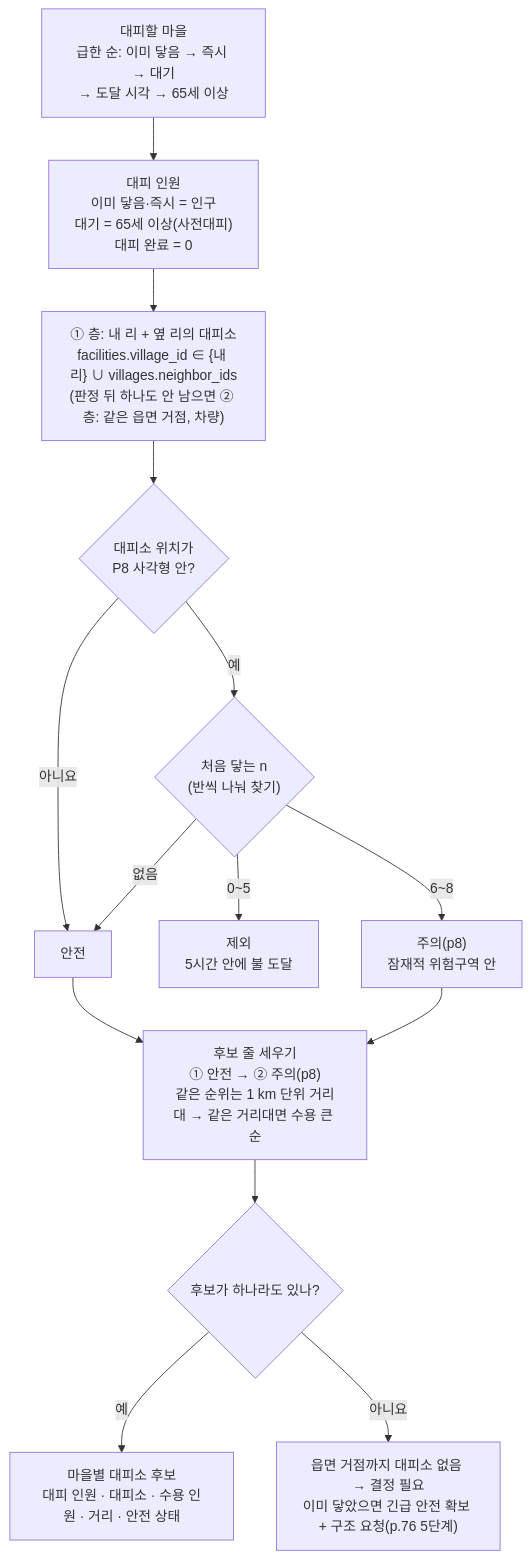
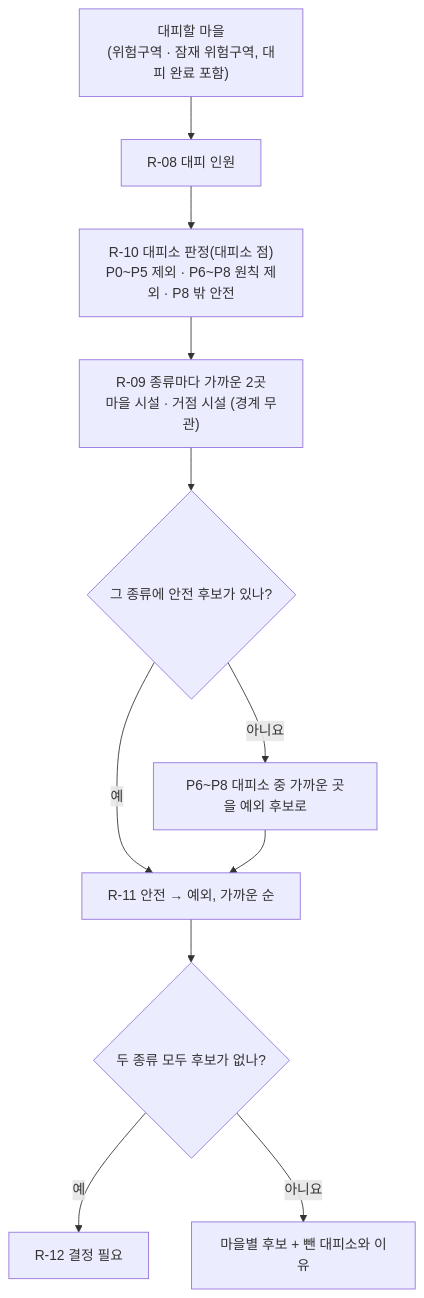
The seventh of 8 diagrams in docs/설계/규칙-엔진-설계.md (wildfire-guard-capstone/wfg-docs), drawn with Mermaid before and after one commit. The commit also changed other lines of this file, not shown here.

````diff
--- a/docs/설계/규칙-엔진-설계.md
+++ b/docs/설계/규칙-엔진-설계.md
@@ -796,16 +835,13 @@
 ```mermaid
 flowchart TD
-    V["대피할 마을<br/>급한 순: 이미 닿음 → 즉시 → 대기<br/>→ 도달 시각 → 65세 이상"] --> N["대피 인원<br/>이미 닿음·즉시 = 인구<br/>대기 = 65세 이상(사전대피)<br/>대피 완료 = 0"]
-    N --> SC["① 층: 내 리 + 옆 리의 대피소<br/>facilities.village_id ∈ {내 리} ∪ villages.neighbor_ids<br/>(판정 뒤 하나도 안 남으면 ② 층: 같은 읍면 거점, 차량)"]
-    SC --> B{"대피소 위치가<br/>P8 사각형 안?"}
-    B -- 아니요 --> SAFE["안전"]
-    B -- 예 --> C{"처음 닿는 n<br/>(반씩 나눠 찾기)"}
-    C -- "0~5" --> X["제외<br/>5시간 안에 불 도달"]
-    C -- "6~8" --> TMP["주의(p8)<br/>잠재적 위험구역 안"]
-    C -- "없음" --> SAFE
-    SAFE --> R["후보 줄 세우기<br/>① 안전 → ② 주의(p8)<br/>같은 순위는 1 km 단위 거리대 → 같은 거리대면 수용 큰 순"]
-    TMP --> R
-    R --> E{"후보가 하나라도 있나?"}
-    E -- 예 --> OUT["마을별 대피소 후보<br/>대피 인원 · 대피소 · 수용 인원 · 거리 · 안전 상태"]
-    E -- 아니요 --> NONE["읍면 거점까지 대피소 없음 → 결정 필요<br/>이미 닿았으면 긴급 안전 확보 + 구조 요청(p.76 5단계)"]
+    V["대피할 마을<br/>(위험구역 · 잠재 위험구역, 대피 완료 포함)"] --> N["R-08 대피 인원"]
+    N --> J["R-10 대피소 판정(대피소 점)<br/>P0~P5 제외 · P6~P8 원칙 제외 · P8 밖 안전"]
+    J --> C["R-09 종류마다 가까운 2곳<br/>마을 시설 · 거점 시설 (경계 무관)"]
+    C --> E{"그 종류에 안전 후보가 있나?"}
+    E -- 아니요 --> X["P6~P8 대피소 중 가까운 곳을 예외 후보로"]
+    E -- 예 --> R["R-11 안전 → 예외, 가까운 순"]
+    X --> R
+    R --> D{"두 종류 모두 후보가 없나?"}
+    D -- 예 --> Z["R-12 결정 필요"]
+    D -- 아니요 --> OUT["마을별 후보 + 뺀 대피소와 이유"]
 ```
````
